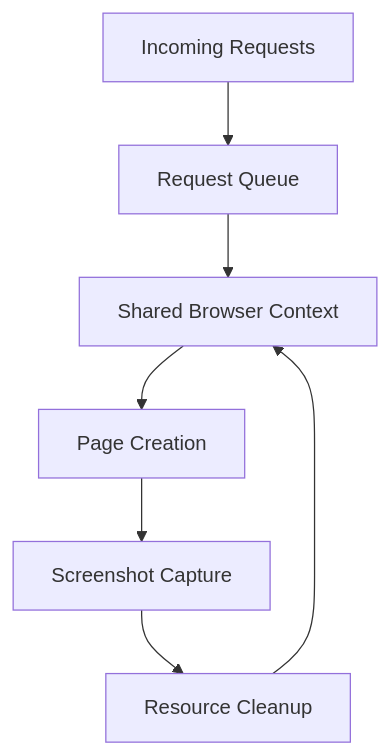
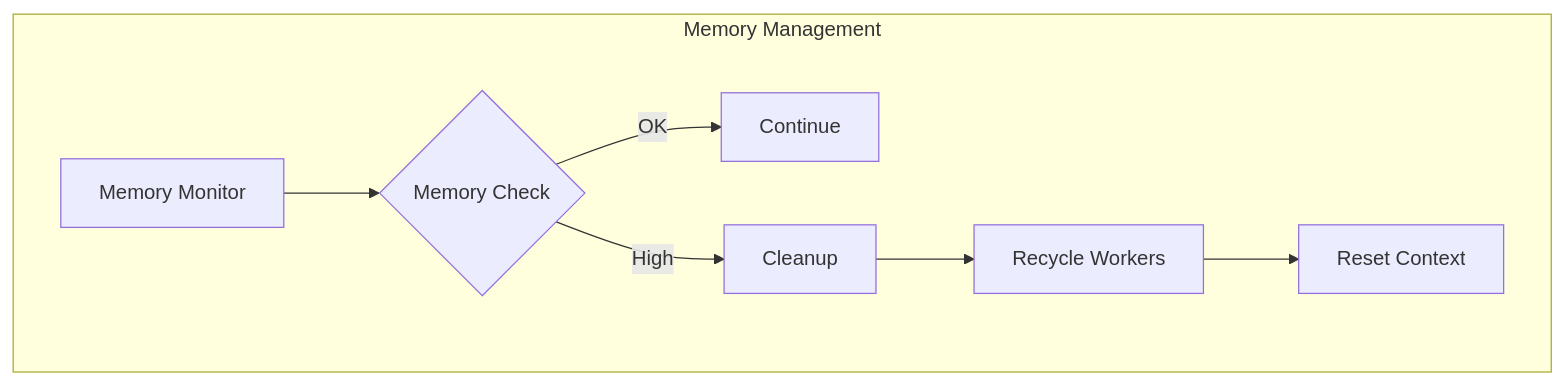
The fifth of 6 diagrams in core-concepts/index.md (pixashot/docs), drawn with Mermaid before and after one commit. The commit also changed other lines of this file and 15 other files, not shown here.

````diff
--- a/core-concepts/index.md
+++ b/core-concepts/index.md
@@ -16,9 +231,10 @@
 ```mermaid
 graph TD
-    A[Incoming Requests] --> B[Request Queue]
-    B --> C[Shared Browser Context]
-    C --> D[Page Creation]
-    D --> E[Screenshot Capture]
-    E --> F[Resource Cleanup]
-    F --> C
+    subgraph "Memory Management"
+        A[Memory Monitor] --> B{Memory Check}
+        B -->|OK| C[Continue]
+        B -->|High| D[Cleanup]
+        D --> E[Recycle Workers]
+        E --> F[Reset Context]
+    end
 ```
````
